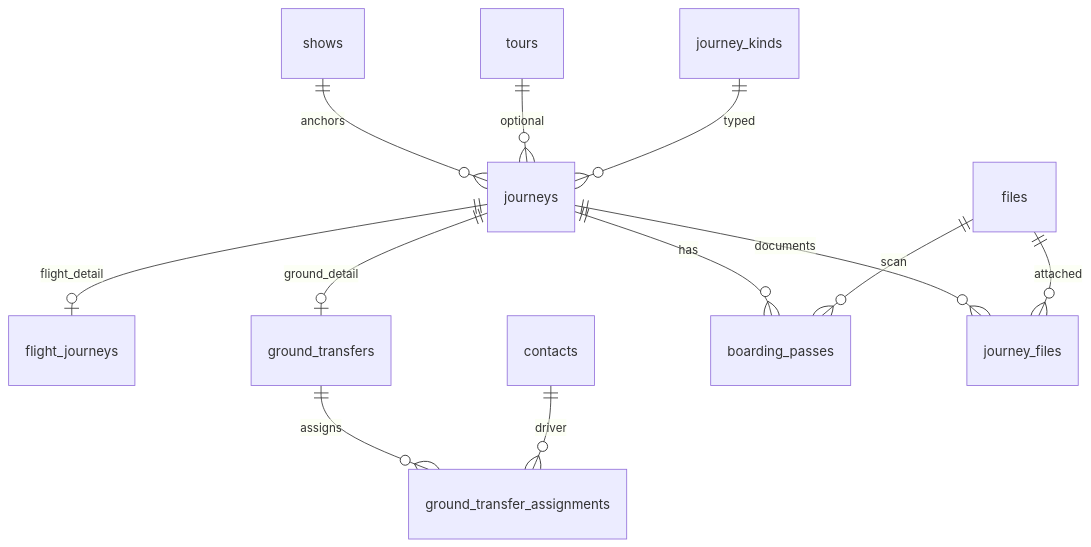
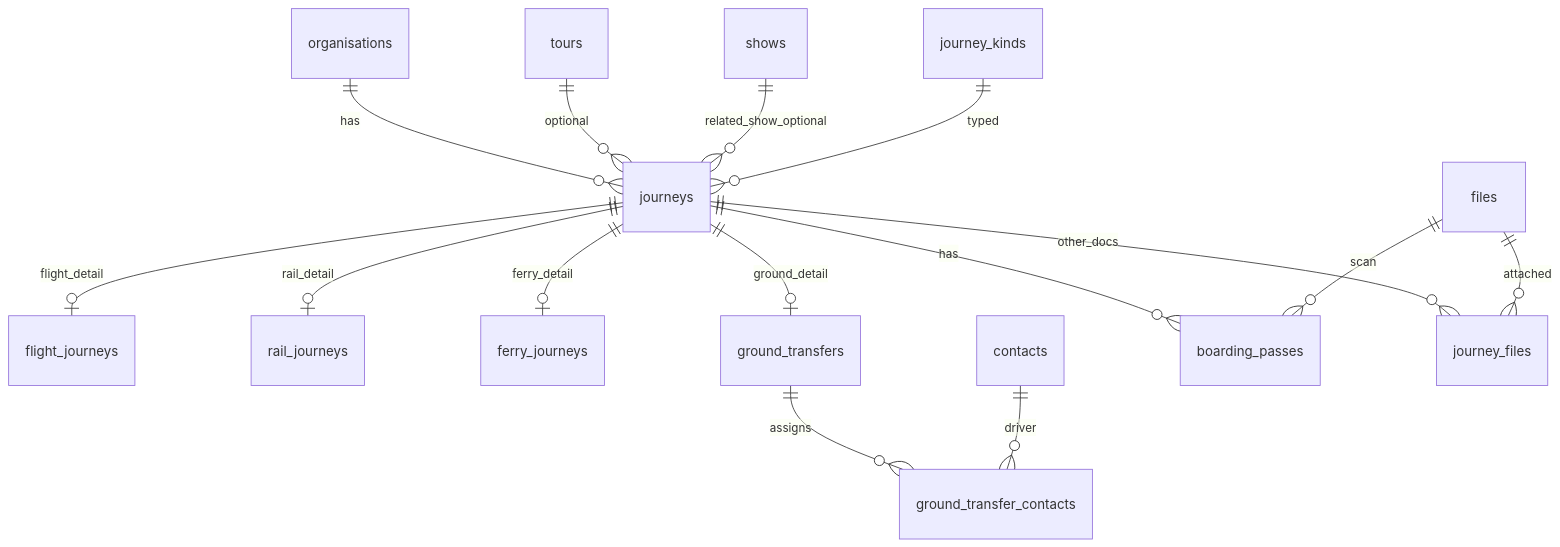
The fourth of 9 diagrams in docs/database/schema-erd.md (finners68/operateapp), drawn with Mermaid before and after one commit. The commit also changed other lines of this file and 2 other files, not shown here.

First line of the commit message:
Revise database schema to revision 2 per design review.

````diff
--- a/docs/database/schema-erd.md
+++ b/docs/database/schema-erd.md
@@ -65,14 +64,17 @@
 ```mermaid
 erDiagram
-  shows ||--o{ journeys : "anchors"
-  tours ||--o{ journeys : "optional"
-  journey_kinds ||--o{ journeys : "typed"
-  journeys ||--o| flight_journeys : "flight_detail"
-  journeys ||--o| ground_transfers : "ground_detail"
-  ground_transfers ||--o{ ground_transfer_assignments : "assigns"
-  contacts ||--o{ ground_transfer_assignments : "driver"
-  journeys ||--o{ boarding_passes : "has"
-  journeys ||--o{ journey_files : "documents"
-  files ||--o{ boarding_passes : "scan"
-  files ||--o{ journey_files : "attached"
+  organisations ||--o{ journeys : has
+  tours ||--o{ journeys : optional
+  shows ||--o{ journeys : related_show_optional
+  journey_kinds ||--o{ journeys : typed
+  journeys ||--o| flight_journeys : flight_detail
+  journeys ||--o| rail_journeys : rail_detail
+  journeys ||--o| ferry_journeys : ferry_detail
+  journeys ||--o| ground_transfers : ground_detail
+  ground_transfers ||--o{ ground_transfer_contacts : assigns
+  contacts ||--o{ ground_transfer_contacts : driver
+  journeys ||--o{ boarding_passes : has
+  files ||--o{ boarding_passes : scan
+  journeys ||--o{ journey_files : other_docs
+  files ||--o{ journey_files : attached
 ```
````
